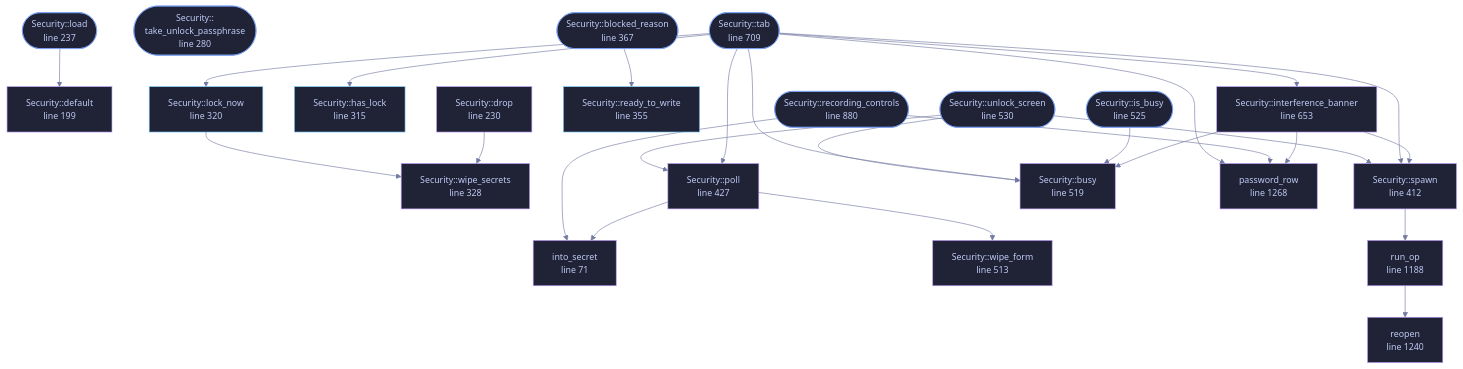
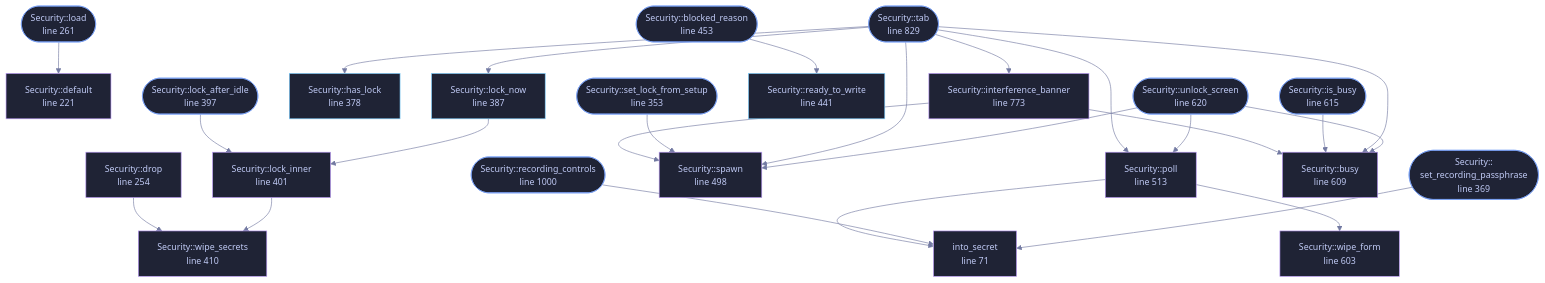
Before and after one commit to tilas01/veilvoice: the diagram in wiki/File-veilvoice-gui-security.md, drawn with Mermaid. The commit also changed other lines of this file and 102 other files, not shown here.

````diff
--- a/wiki/File-veilvoice-gui-security.md
+++ b/wiki/File-veilvoice-gui-security.md
@@ -119,78 +127,77 @@
 ```mermaid
 %%{init: {"theme":"base","themeVariables":{"background":"#1a1b26","primaryColor":"#1f2335","primaryTextColor":"#c0caf5","primaryBorderColor":"#7aa2f7","secondaryColor":"#16161e","tertiaryColor":"#16161e","lineColor":"#737aa2","textColor":"#c0caf5","mainBkg":"#1f2335","nodeBorder":"#7aa2f7","clusterBkg":"#16161e","clusterBorder":"#2f3549","fontFamily":"ui-monospace, SFMono-Regular, Consolas, monospace","fontSize":"14px"}}}%%
 flowchart TD
     n_into_secret["into_secret<br/>line 71"]
-    n_default["Security::default<br/>line 199"]
-    n_drop["Security::drop<br/>line 230"]
-    n_load(["Security::load<br/>line 237"])
-    n_take_unlock_passphrase(["Security::<br/>take_unlock_passphrase<br/>line 280"])
-    n_has_lock["Security::has_lock<br/>line 315"]
-    n_lock_now["Security::lock_now<br/>line 320"]
-    n_wipe_secrets["Security::wipe_secrets<br/>line 328"]
-    n_ready_to_write["Security::ready_to_write<br/>line 355"]
-    n_blocked_reason(["Security::blocked_reason<br/>line 367"])
-    n_spawn["Security::spawn<br/>line 412"]
-    n_poll["Security::poll<br/>line 427"]
-    n_wipe_form["Security::wipe_form<br/>line 513"]
-    n_busy["Security::busy<br/>line 519"]
-    n_is_busy(["Security::is_busy<br/>line 525"])
-    n_unlock_screen(["Security::unlock_screen<br/>line 530"])
-    n_interference_banner["Security::interference_banner<br/>line 653"]
-    n_tab(["Security::tab<br/>line 709"])
-    n_recording_controls(["Security::recording_controls<br/>line 880"])
-    n_run_op["run_op<br/>line 1188"]
-    n_reopen["reopen<br/>line 1240"]
-    n_password_row["password_row<br/>line 1268"]
+    n_default["Security::default<br/>line 221"]
+    n_drop["Security::drop<br/>line 254"]
+    n_load(["Security::load<br/>line 261"])
+    n_set_lock_from_setup(["Security::set_lock_from_setup<br/>line 353"])
+    n_set_recording_passphrase(["Security::<br/>set_recording_passphrase<br/>line 369"])
+    n_has_lock["Security::has_lock<br/>line 378"]
+    n_lock_now["Security::lock_now<br/>line 387"]
+    n_lock_after_idle(["Security::lock_after_idle<br/>line 397"])
+    n_lock_inner["Security::lock_inner<br/>line 401"]
+    n_wipe_secrets["Security::wipe_secrets<br/>line 410"]
+    n_ready_to_write["Security::ready_to_write<br/>line 441"]
+    n_blocked_reason(["Security::blocked_reason<br/>line 453"])
+    n_spawn["Security::spawn<br/>line 498"]
+    n_poll["Security::poll<br/>line 513"]
+    n_wipe_form["Security::wipe_form<br/>line 603"]
+    n_busy["Security::busy<br/>line 609"]
+    n_is_busy(["Security::is_busy<br/>line 615"])
+    n_unlock_screen(["Security::unlock_screen<br/>line 620"])
+    n_interference_banner["Security::interference_banner<br/>line 773"]
+    n_tab(["Security::tab<br/>line 829"])
+    n_recording_controls(["Security::recording_controls<br/>line 1000"])
     n_blocked_reason --> n_ready_to_write
     n_drop --> n_wipe_secrets
     n_interference_banner --> n_busy
-    n_interference_banner --> n_password_row
     n_interference_banner --> n_spawn
     n_is_busy --> n_busy
     n_load --> n_default
-    n_lock_now --> n_wipe_secrets
+    n_lock_after_idle --> n_lock_inner
+    n_lock_inner --> n_wipe_secrets
+    n_lock_now --> n_lock_inner
     n_poll --> n_into_secret
     n_poll --> n_wipe_form
     n_recording_controls --> n_into_secret
-    n_recording_controls --> n_password_row
-    n_run_op --> n_reopen
-    n_spawn --> n_run_op
+    n_set_lock_from_setup --> n_spawn
+    n_set_recording_passphrase --> n_into_secret
     n_tab --> n_busy
     n_tab --> n_has_lock
     n_tab --> n_interference_banner
     n_tab --> n_lock_now
-    n_tab --> n_password_row
     n_tab --> n_poll
     n_tab --> n_spawn
     n_unlock_screen --> n_busy
     n_unlock_screen --> n_poll
     n_unlock_screen --> n_spawn
     click n_into_secret href "https://github.com/tilas01/veilvoice/blob/main/crates/veilvoice-gui/src/security.rs#L71" "open the source"
-    click n_default href "https://github.com/tilas01/veilvoice/blob/main/crates/veilvoice-gui/src/security.rs#L199" "open the source"
-    click n_drop href "https://github.com/tilas01/veilvoice/blob/main/crates/veilvoice-gui/src/security.rs#L230" "open the source"
-    click n_load href "https://github.com/tilas01/veilvoice/blob/main/crates/veilvoice-gui/src/security.rs#L237" "open the source"
-    click n_take_unlock_passphrase href "https://github.com/tilas01/veilvoice/blob/main/crates/veilvoice-gui/src/security.rs#L280" "open the source"
-    click n_has_lock href "https://github.com/tilas01/veilvoice/blob/main/crates/veilvoice-gui/src/security.rs#L315" "open the source"
-    click n_lock_now href "https://github.com/tilas01/veilvoice/blob/main/crates/veilvoice-gui/src/security.rs#L320" "open the source"
-    click n_wipe_secrets href "https://github.com/tilas01/veilvoice/blob/main/crates/veilvoice-gui/src/security.rs#L328" "open the source"
-    click n_ready_to_write href "https://github.com/tilas01/veilvoice/blob/main/crates/veilvoice-gui/src/security.rs#L355" "open the source"
-    click n_blocked_reason href "https://github.com/tilas01/veilvoice/blob/main/crates/veilvoice-gui/src/security.rs#L367" "open the source"
-    click n_spawn href "https://github.com/tilas01/veilvoice/blob/main/crates/veilvoice-gui/src/security.rs#L412" "open the source"
-    click n_poll href "https://github.com/tilas01/veilvoice/blob/main/crates/veilvoice-gui/src/security.rs#L427" "open the source"
-    click n_wipe_form href "https://github.com/tilas01/veilvoice/blob/main/crates/veilvoice-gui/src/security.rs#L513" "open the source"
-    click n_busy href "https://github.com/tilas01/veilvoice/blob/main/crates/veilvoice-gui/src/security.rs#L519" "open the source"
-    click n_is_busy href "https://github.com/tilas01/veilvoice/blob/main/crates/veilvoice-gui/src/security.rs#L525" "open the source"
-    click n_unlock_screen href "https://github.com/tilas01/veilvoice/blob/main/crates/veilvoice-gui/src/security.rs#L530" "open the source"
-    click n_interference_banner href "https://github.com/tilas01/veilvoice/blob/main/crates/veilvoice-gui/src/security.rs#L653" "open the source"
-    click n_tab href "https://github.com/tilas01/veilvoice/blob/main/crates/veilvoice-gui/src/security.rs#L709" "open the source"
-    click n_recording_controls href "https://github.com/tilas01/veilvoice/blob/main/crates/veilvoice-gui/src/security.rs#L880" "open the source"
-    click n_run_op href "https://github.com/tilas01/veilvoice/blob/main/crates/veilvoice-gui/src/security.rs#L1188" "open the source"
-    click n_reopen href "https://github.com/tilas01/veilvoice/blob/main/crates/veilvoice-gui/src/security.rs#L1240" "open the source"
-    click n_password_row href "https://github.com/tilas01/veilvoice/blob/main/crates/veilvoice-gui/src/security.rs#L1268" "open the source"
+    click n_default href "https://github.com/tilas01/veilvoice/blob/main/crates/veilvoice-gui/src/security.rs#L221" "open the source"
+    click n_drop href "https://github.com/tilas01/veilvoice/blob/main/crates/veilvoice-gui/src/security.rs#L254" "open the source"
+    click n_load href "https://github.com/tilas01/veilvoice/blob/main/crates/veilvoice-gui/src/security.rs#L261" "open the source"
+    click n_set_lock_from_setup href "https://github.com/tilas01/veilvoice/blob/main/crates/veilvoice-gui/src/security.rs#L353" "open the source"
+    click n_set_recording_passphrase href "https://github.com/tilas01/veilvoice/blob/main/crates/veilvoice-gui/src/security.rs#L369" "open the source"
+    click n_has_lock href "https://github.com/tilas01/veilvoice/blob/main/crates/veilvoice-gui/src/security.rs#L378" "open the source"
+    click n_lock_now href "https://github.com/tilas01/veilvoice/blob/main/crates/veilvoice-gui/src/security.rs#L387" "open the source"
+    click n_lock_after_idle href "https://github.com/tilas01/veilvoice/blob/main/crates/veilvoice-gui/src/security.rs#L397" "open the source"
+    click n_lock_inner href "https://github.com/tilas01/veilvoice/blob/main/crates/veilvoice-gui/src/security.rs#L401" "open the source"
+    click n_wipe_secrets href "https://github.com/tilas01/veilvoice/blob/main/crates/veilvoice-gui/src/security.rs#L410" "open the source"
+    click n_ready_to_write href "https://github.com/tilas01/veilvoice/blob/main/crates/veilvoice-gui/src/security.rs#L441" "open the source"
+    click n_blocked_reason href "https://github.com/tilas01/veilvoice/blob/main/crates/veilvoice-gui/src/security.rs#L453" "open the source"
+    click n_spawn href "https://github.com/tilas01/veilvoice/blob/main/crates/veilvoice-gui/src/security.rs#L498" "open the source"
+    click n_poll href "https://github.com/tilas01/veilvoice/blob/main/crates/veilvoice-gui/src/security.rs#L513" "open the source"
+    click n_wipe_form href "https://github.com/tilas01/veilvoice/blob/main/crates/veilvoice-gui/src/security.rs#L603" "open the source"
+    click n_busy href "https://github.com/tilas01/veilvoice/blob/main/crates/veilvoice-gui/src/security.rs#L609" "open the source"
+    click n_is_busy href "https://github.com/tilas01/veilvoice/blob/main/crates/veilvoice-gui/src/security.rs#L615" "open the source"
+    click n_unlock_screen href "https://github.com/tilas01/veilvoice/blob/main/crates/veilvoice-gui/src/security.rs#L620" "open the source"
+    click n_interference_banner href "https://github.com/tilas01/veilvoice/blob/main/crates/veilvoice-gui/src/security.rs#L773" "open the source"
+    click n_tab href "https://github.com/tilas01/veilvoice/blob/main/crates/veilvoice-gui/src/security.rs#L829" "open the source"
+    click n_recording_controls href "https://github.com/tilas01/veilvoice/blob/main/crates/veilvoice-gui/src/security.rs#L1000" "open the source"
     classDef entry fill:#1f2335,stroke:#7aa2f7,color:#c0caf5
-    class n_load,n_take_unlock_passphrase,n_blocked_reason,n_is_busy,n_unlock_screen,n_tab,n_recording_controls entry
+    class n_load,n_set_lock_from_setup,n_set_recording_passphrase,n_lock_after_idle,n_blocked_reason,n_is_busy,n_unlock_screen,n_tab,n_recording_controls entry
     classDef api fill:#1f2335,stroke:#7dcfff,color:#c0caf5
     class n_has_lock,n_lock_now,n_ready_to_write api
     classDef helper fill:#1f2335,stroke:#bb9af7,color:#c0caf5
-    class n_into_secret,n_default,n_drop,n_wipe_secrets,n_spawn,n_poll,n_wipe_form,n_busy,n_interference_banner,n_run_op,n_reopen,n_password_row helper
+    class n_into_secret,n_default,n_drop,n_lock_inner,n_wipe_secrets,n_spawn,n_poll,n_wipe_form,n_busy,n_interference_banner helper
 ```
````
